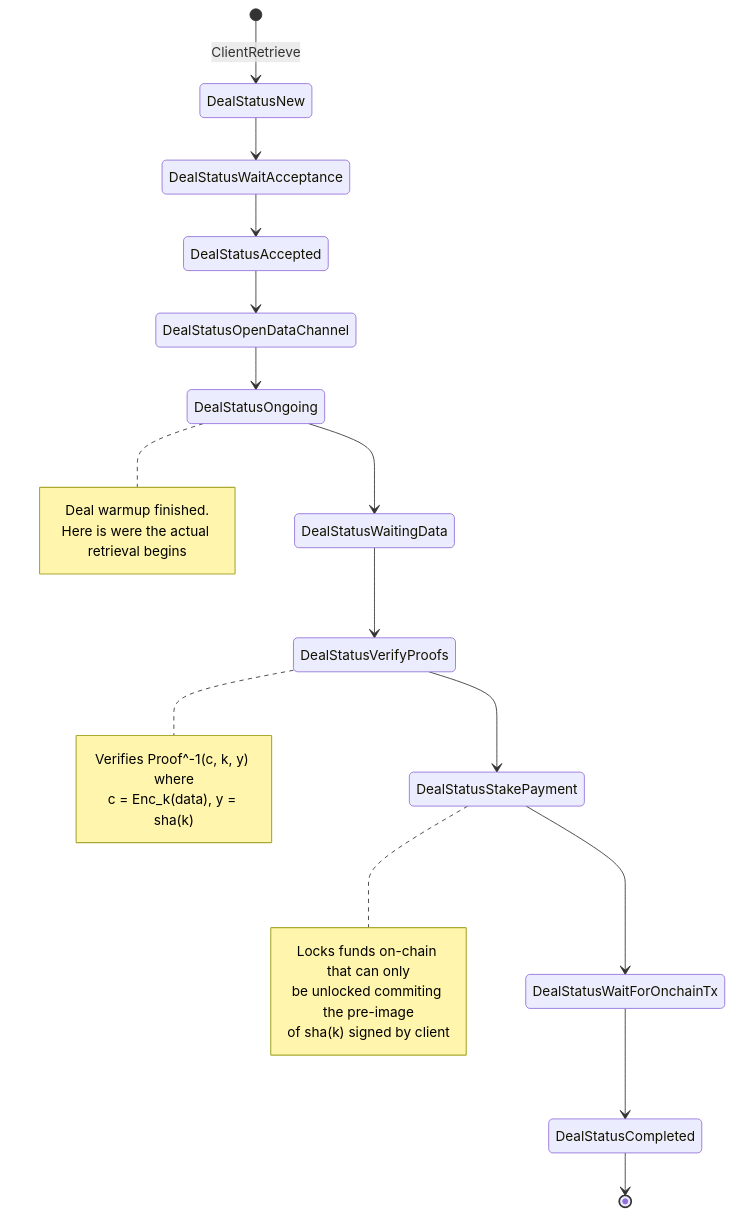
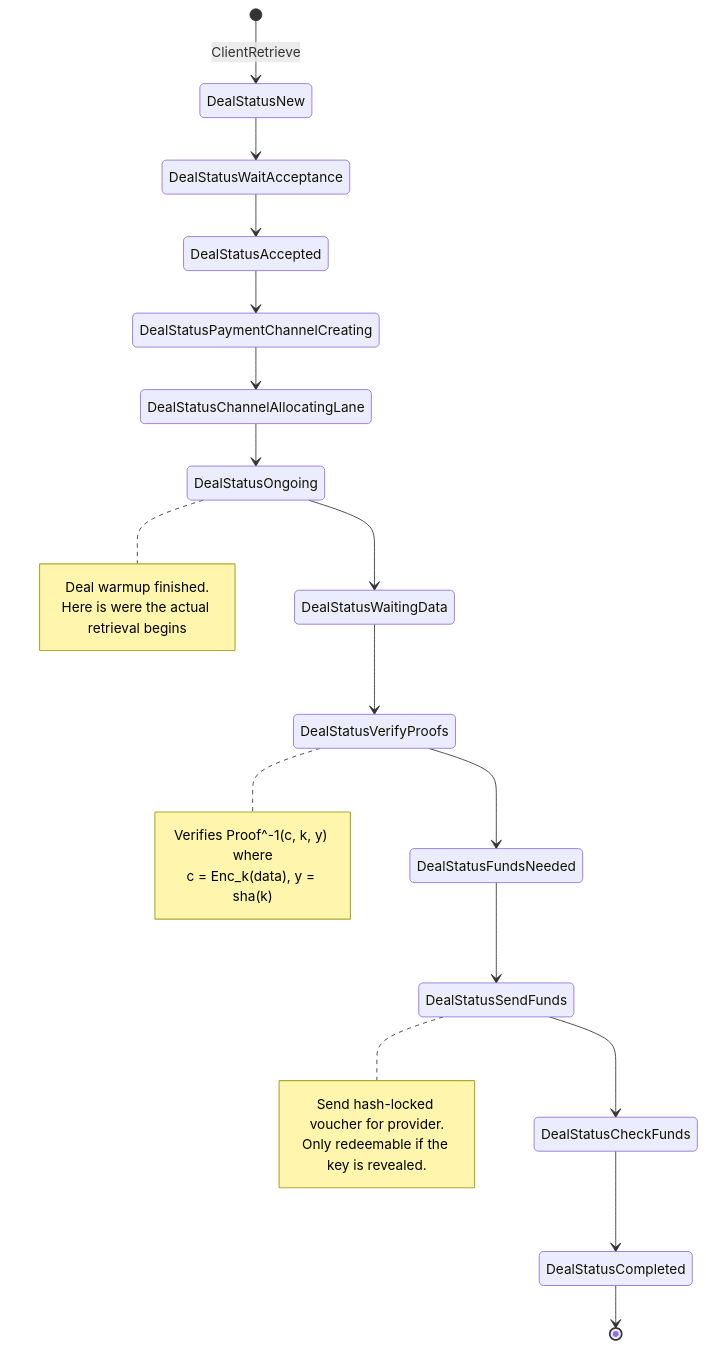
Before and after one commit to adlrocha/go-fil-markets: the first of 2 diagrams in docs/rfcs/zkcp.md, drawn with Mermaid. The commit also changed other lines of this file and 6 other files, not shown here.

````diff
--- a/docs/rfcs/zkcp.md
+++ b/docs/rfcs/zkcp.md
@@ -25,32 +26,33 @@
 ```mermaid
 stateDiagram-v2
 [*] --> DealStatusNew: ClientRetrieve
 DealStatusNew --> DealStatusWaitAcceptance
 DealStatusWaitAcceptance --> DealStatusAccepted
-DealStatusAccepted --> DealStatusOpenDataChannel
-DealStatusOpenDataChannel --> DealStatusOngoing
+DealStatusAccepted --> DealStatusPaymentChannelCreating
+DealStatusPaymentChannelCreating --> DealStatusChannelAllocatingLane
+DealStatusChannelAllocatingLane --> DealStatusOngoing
 
 note right of DealStatusOngoing
 Deal warmup finished.
 Here is were the actual retrieval begins
 end note
 
 DealStatusOngoing --> DealStatusWaitingData
 DealStatusWaitingData --> DealStatusVerifyProofs
-DealStatusVerifyProofs --> DealStatusStakePayment
-DealStatusStakePayment --> DealStatusWaitForOnchainTx
-DealStatusWaitForOnchainTx --> DealStatusCompleted
+DealStatusVerifyProofs --> DealStatusFundsNeeded
+DealStatusFundsNeeded --> DealStatusSendFunds
+DealStatusSendFunds --> DealStatusCheckFunds
+DealStatusCheckFunds --> DealStatusCompleted
+
+note right of DealStatusSendFunds
+Send hash-locked voucher for provider.
+Only redeemable if the key is revealed.
+end note
 
 note right of DealStatusVerifyProofs
 Verifies Proof^-1(c, k, y) where
 c = Enc_k(data), y = sha(k)
 end note
 
 DealStatusCompleted --> [*]
-
-note right of DealStatusStakePayment
-Locks funds on-chain that can only
-be unlocked commiting the pre-image
-of sha(k) signed by client
-end note
 ```
````
